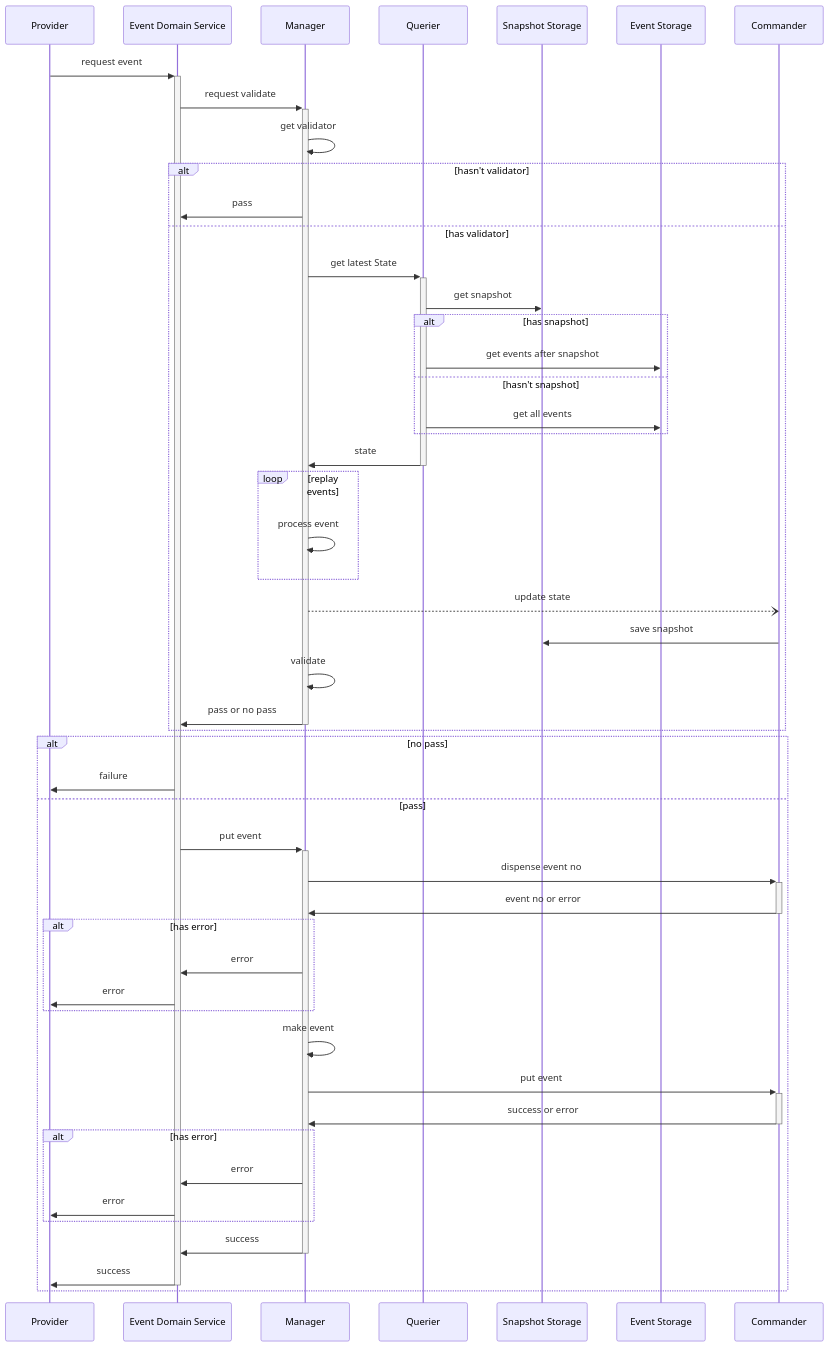
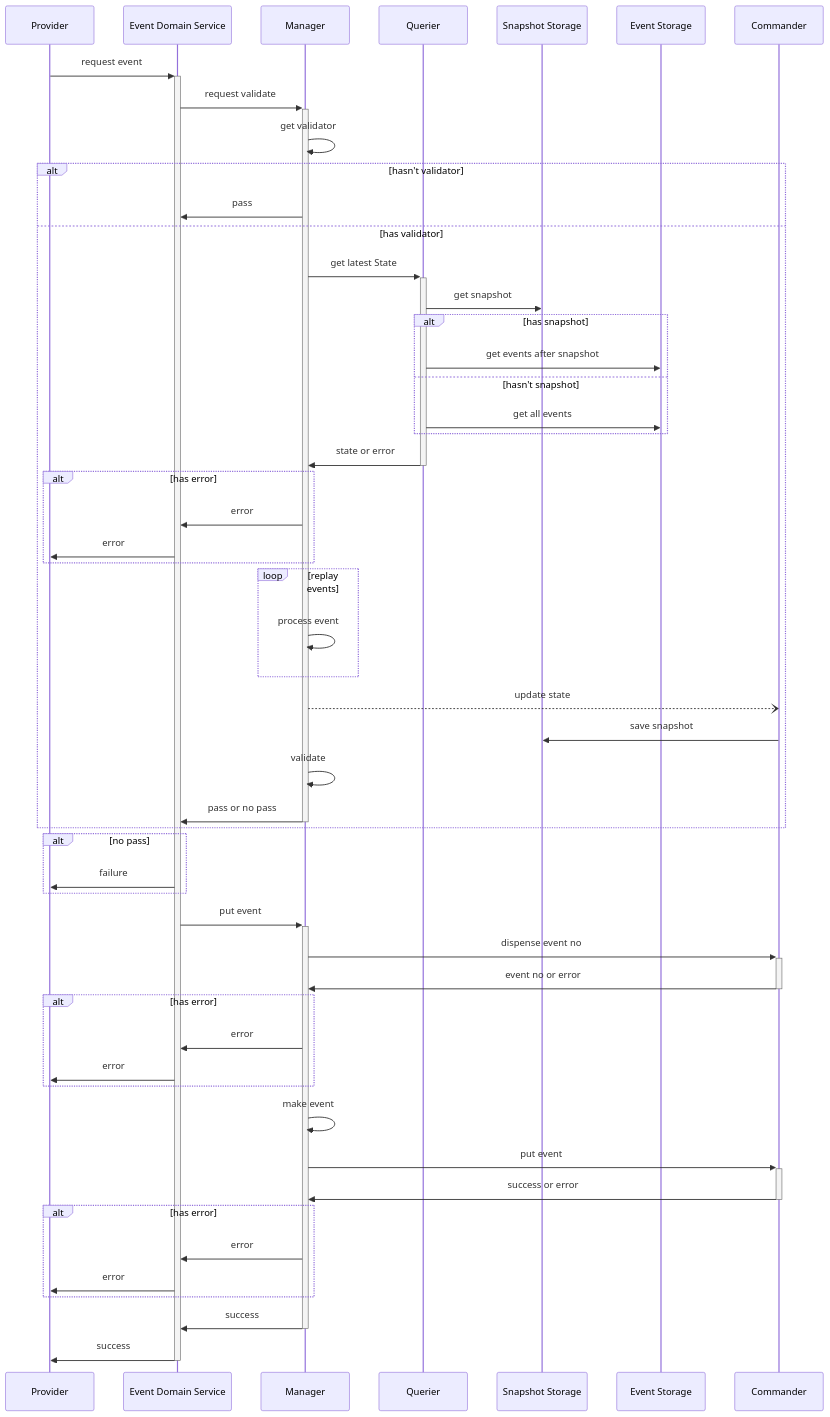
The diagram in readme.md (Raolee/eventsourcing), drawn with Mermaid before and after one commit.

Commit message:
TXT - 시퀀스 수정

````diff
--- a/readme.md
+++ b/readme.md
@@ -15,45 +15,48 @@
 ```mermaid
 sequenceDiagram
     Provider ->>+Event Domain Service:request event
     Event Domain Service ->>+ Manager:request validate
     Manager ->> Manager: get validator
     alt hasn't validator
     Manager ->> Event Domain Service: pass
     else has validator
         Manager ->>+ Querier:get latest State
         Querier ->> Snapshot Storage: get snapshot 
         alt has snapshot
             Querier ->> Event Storage: get events after snapshot
         else hasn't snapshot
             Querier ->> Event Storage: get all events
         end
-        Querier ->>- Manager: state
+        Querier ->>- Manager: state or error
+        alt has error
+            Manager ->> Event Domain Service: error
+            Event Domain Service ->> Provider: error
+        end
         loop replay events
             Manager ->> Manager: process event
         end
         Manager --) Commander: update state
         Commander ->> Snapshot Storage: save snapshot
         Manager ->> Manager: validate
         Manager ->>- Event Domain Service: pass or no pass
     end
     alt no pass
         Event Domain Service ->> Provider: failure
-    else pass
-        Event Domain Service ->>+ Manager: put event
-        Manager ->>+ Commander: dispense event no
-        Commander ->>- Manager: event no or error
-        alt has error
-            Manager ->> Event Domain Service: error
-            Event Domain Service ->> Provider: error
-        end
-        Manager ->> Manager: make event
-        Manager ->>+ Commander: put event
-        Commander ->>- Manager: success or error
-        alt has error
-            Manager ->> Event Domain Service: error
-            Event Domain Service ->> Provider: error
-        end
-        Manager ->>- Event Domain Service: success
-        Event Domain Service ->>-Provider: success
     end
+    Event Domain Service ->>+ Manager: put event
+    Manager ->>+ Commander: dispense event no
+    Commander ->>- Manager: event no or error
+    alt has error
+        Manager ->> Event Domain Service: error
+        Event Domain Service ->> Provider: error
+    end
+    Manager ->> Manager: make event
+    Manager ->>+ Commander: put event
+    Commander ->>- Manager: success or error
+    alt has error
+        Manager ->> Event Domain Service: error
+        Event Domain Service ->> Provider: error
+    end
+    Manager ->>- Event Domain Service: success
+    Event Domain Service ->>-Provider: success
 ```
````
